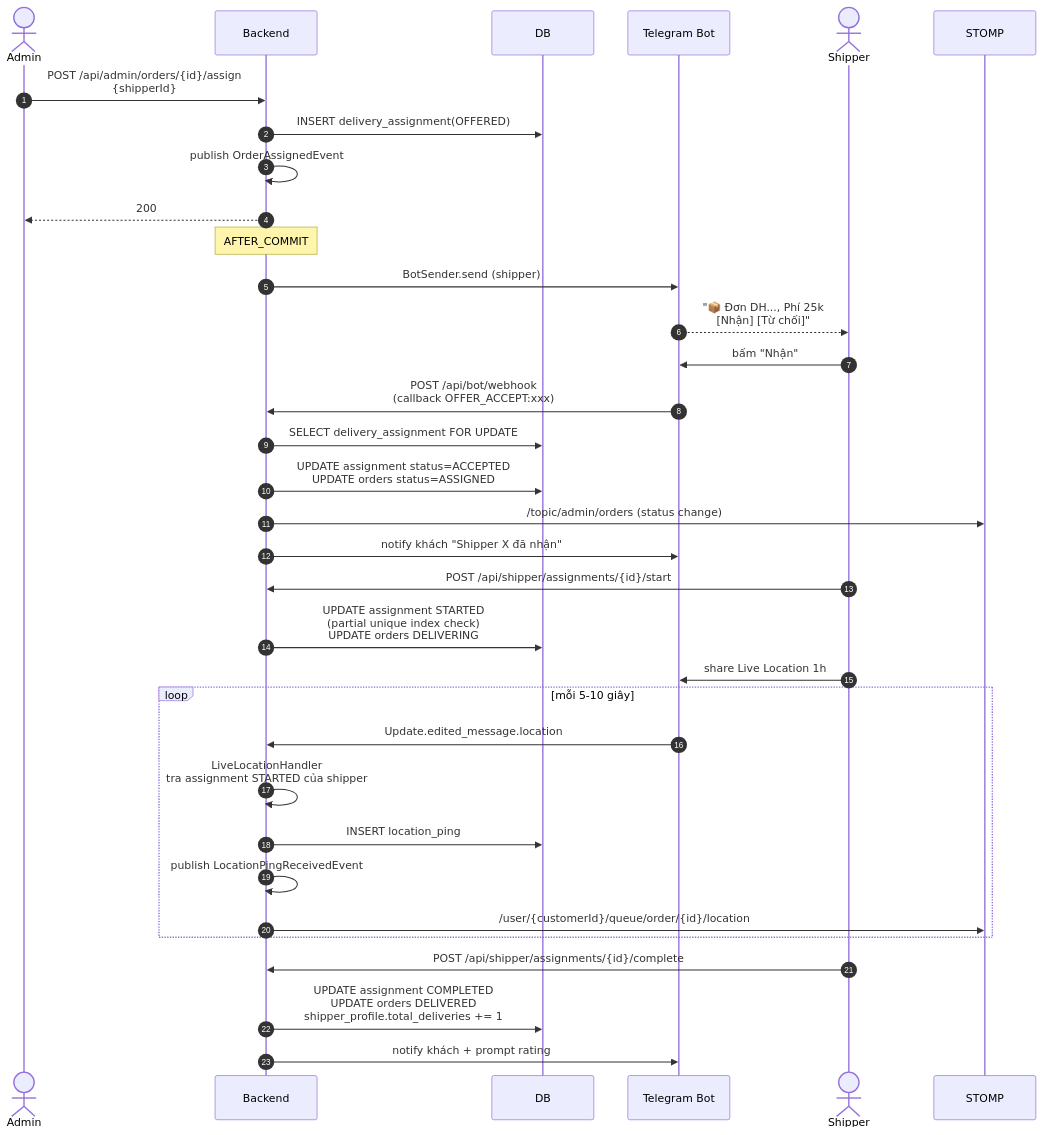
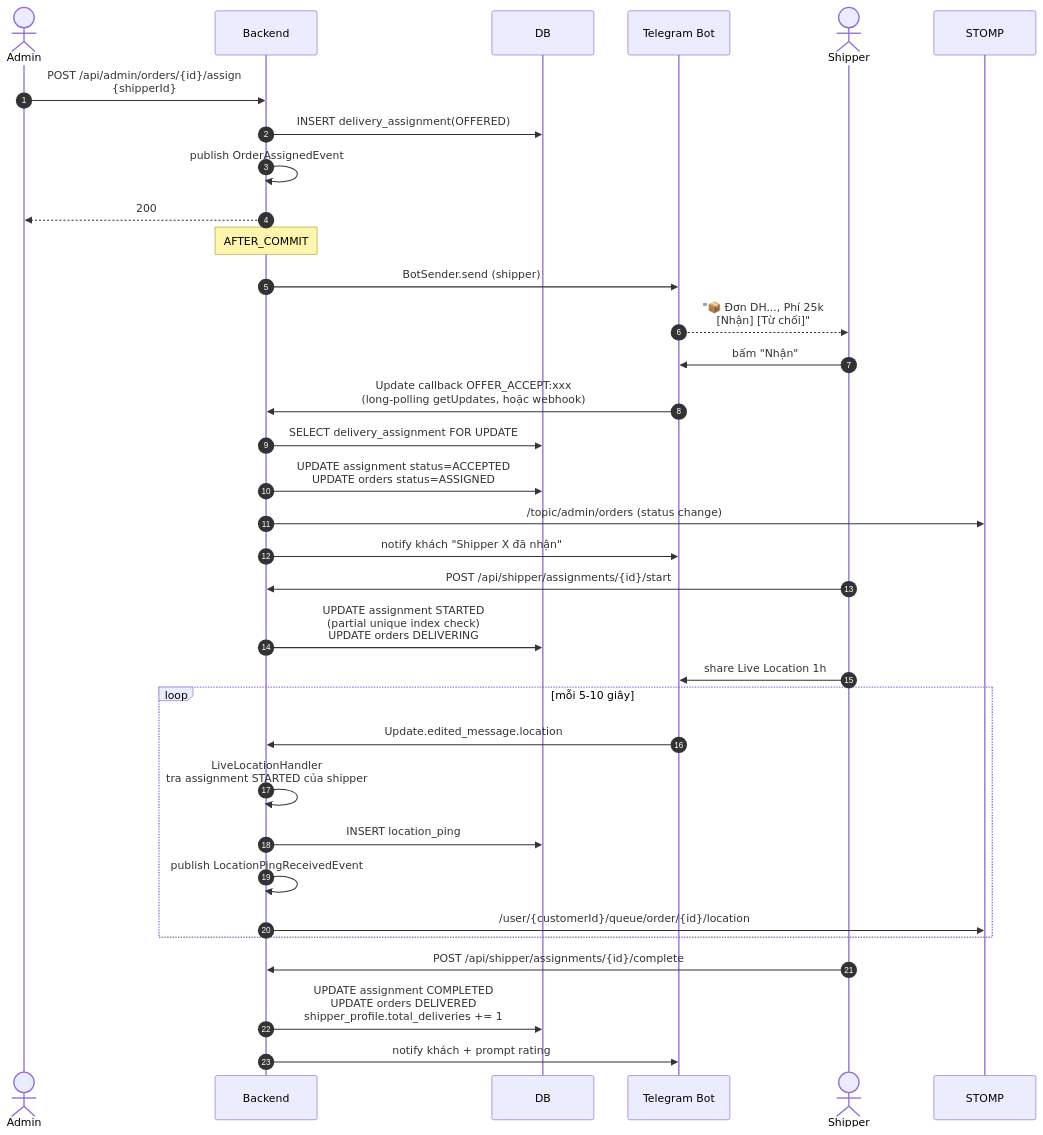
Before and after one commit to lethuyuitgis/KhoaLuan-GiaoHang: diagram 12 of 13 in docs/thesis/chuong-3-phan-tich-thiet-ke.md, drawn with Mermaid. The commit also changed other lines of this file and 77 other files, not shown here.

````diff
--- a/docs/thesis/chuong-3-phan-tich-thiet-ke.md
+++ b/docs/thesis/chuong-3-phan-tich-thiet-ke.md
@@ -647,37 +436,37 @@
 ```mermaid
 sequenceDiagram
     autonumber
     actor Admin
     participant BE as Backend
     participant DB
     participant Bot as Telegram Bot
     actor Shipper
     participant WS as STOMP
 
     Admin->>BE: POST /api/admin/orders/{id}/assign<br/>{shipperId}
     BE->>DB: INSERT delivery_assignment(OFFERED)
     BE->>BE: publish OrderAssignedEvent
     BE-->>Admin: 200
     Note over BE: AFTER_COMMIT
     BE->>Bot: BotSender.send (shipper)
     Bot-->>Shipper: "📦 Đơn DH..., Phí 25k<br/>[Nhận] [Từ chối]"
     Shipper->>Bot: bấm "Nhận"
-    Bot->>BE: POST /api/bot/webhook<br/>(callback OFFER_ACCEPT:xxx)
+    Bot->>BE: Update callback OFFER_ACCEPT:xxx<br/>(long-polling getUpdates, hoặc webhook)
     BE->>DB: SELECT delivery_assignment FOR UPDATE
     BE->>DB: UPDATE assignment status=ACCEPTED<br/>UPDATE orders status=ASSIGNED
     BE->>WS: /topic/admin/orders (status change)
     BE->>Bot: notify khách "Shipper X đã nhận"
     Shipper->>BE: POST /api/shipper/assignments/{id}/start
     BE->>DB: UPDATE assignment STARTED<br/>(partial unique index check)<br/>UPDATE orders DELIVERING
     Shipper->>Bot: share Live Location 1h
     loop mỗi 5-10 giây
         Bot->>BE: Update.edited_message.location
         BE->>BE: LiveLocationHandler<br/>tra assignment STARTED của shipper
         BE->>DB: INSERT location_ping
         BE->>BE: publish LocationPingReceivedEvent
         BE->>WS: /user/{customerId}/queue/order/{id}/location
     end
     Shipper->>BE: POST /api/shipper/assignments/{id}/complete
     BE->>DB: UPDATE assignment COMPLETED<br/>UPDATE orders DELIVERED<br/>shipper_profile.total_deliveries += 1
     BE->>Bot: notify khách + prompt rating
 ```
````
